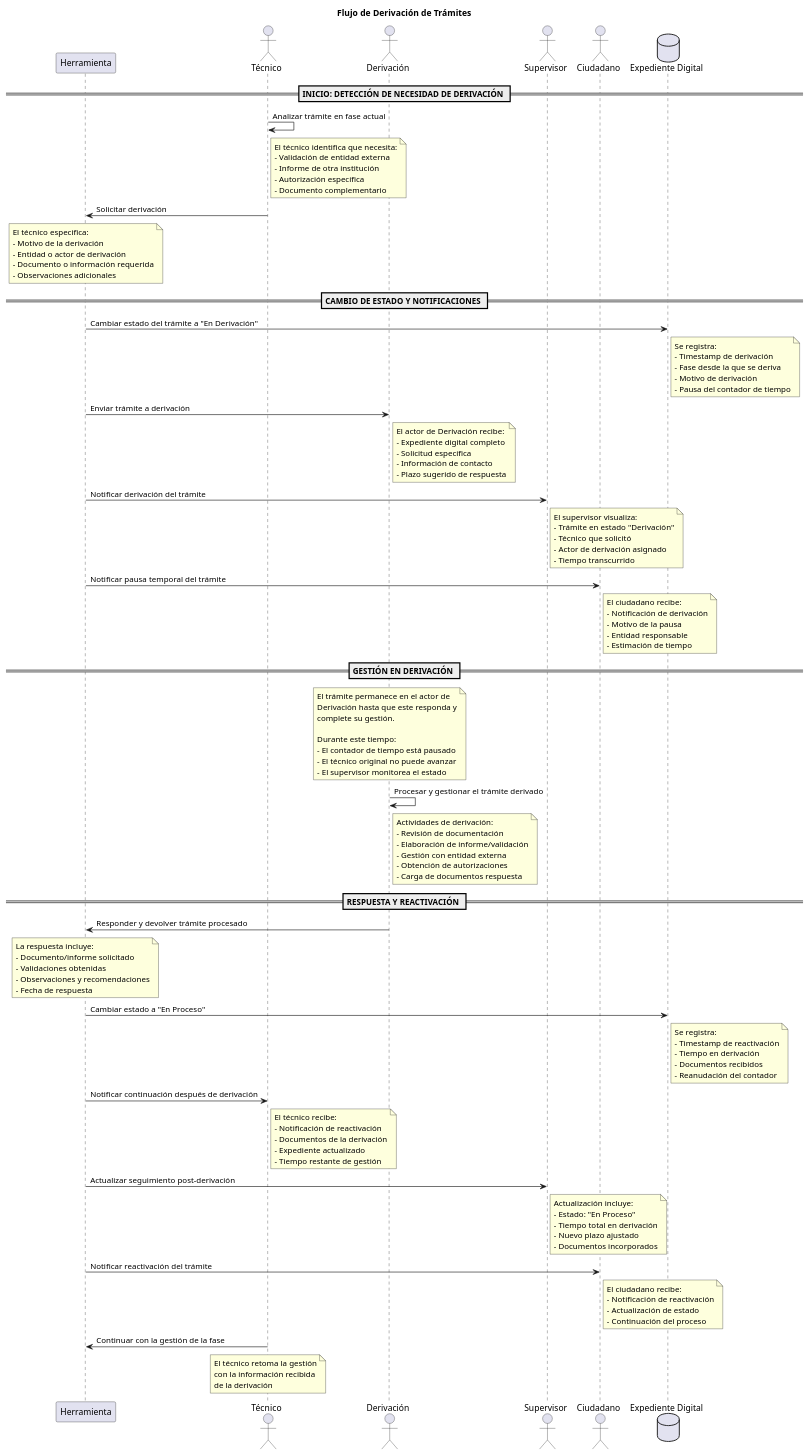
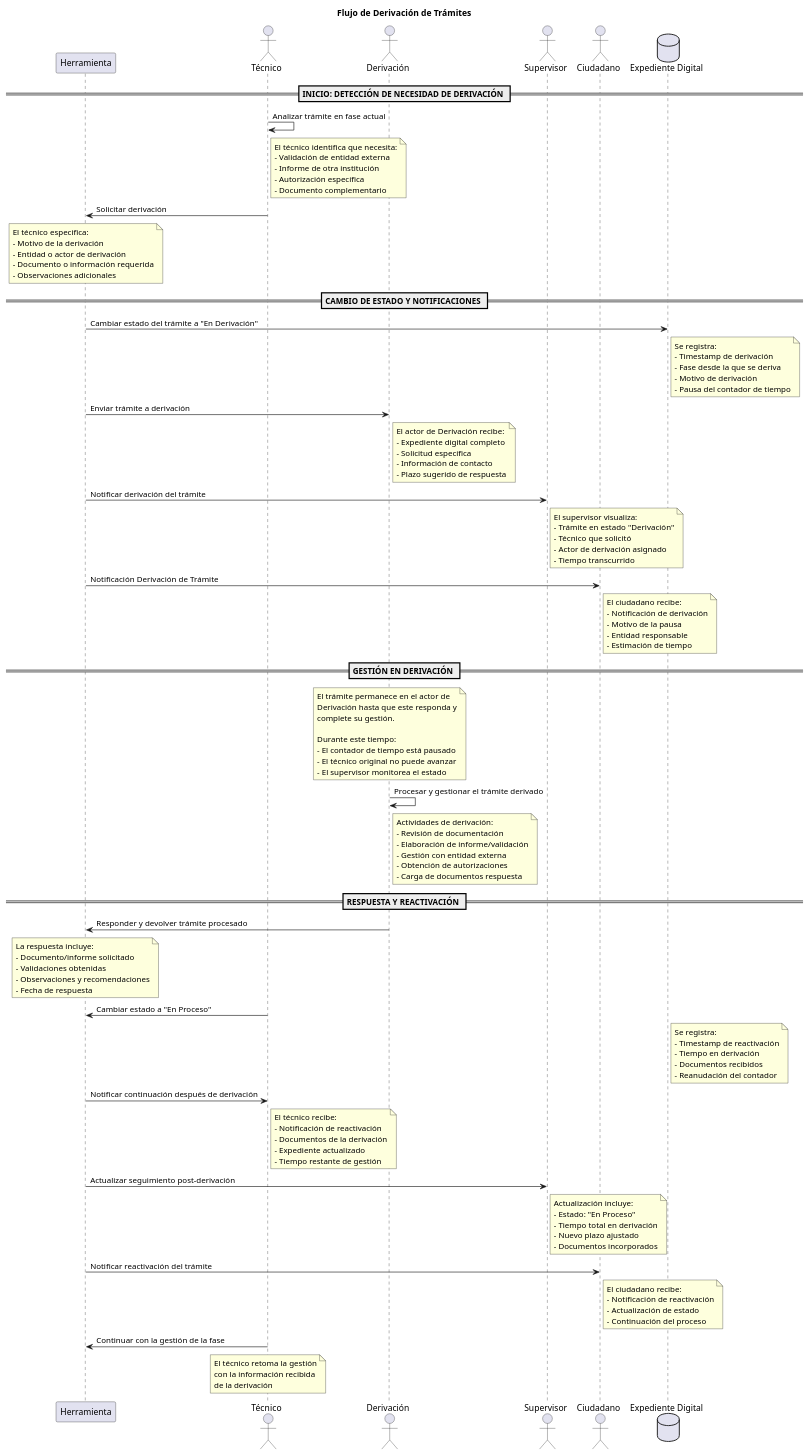
Before and after one commit to 2025prosperidad/protocolo-trazados-viales: the diagram in 4_flujo_derivacion.puml, drawn with PlantUML. The commit also changed 3 other files, not shown here.

Commit message:
📝 Actualizar documentación y diagramas de flujo

```diff
--- a/4_flujo_derivacion.puml
+++ b/4_flujo_derivacion.puml
@@ -1,147 +1,147 @@
 @startuml
 !pragma charset UTF-8
 skinparam defaultFontName Arial
 title Flujo de Derivación de Trámites
 
 participant "Herramienta" as Herramienta
 actor "Técnico" as Tecnico
 actor "Derivación" as Derivacion
 actor "Supervisor" as Supervisor
 actor "Ciudadano" as Ciudadano
 database "Expediente Digital" as BD
 
 == INICIO: DETECCIÓN DE NECESIDAD DE DERIVACIÓN ==
 
 Tecnico -> Tecnico : Analizar trámite en fase actual
 note right of Tecnico
   El técnico identifica que necesita:
   - Validación de entidad externa
   - Informe de otra institución
   - Autorización específica
   - Documento complementario
 end note
 
 Tecnico -> Herramienta : Solicitar derivación
 note over Herramienta
   El técnico especifica:
   - Motivo de la derivación
   - Entidad o actor de derivación
   - Documento o información requerida
   - Observaciones adicionales
 end note
 
 == CAMBIO DE ESTADO Y NOTIFICACIONES ==
 
 Herramienta -> BD : Cambiar estado del trámite a "En Derivación"
 note right of BD
   Se registra:
   - Timestamp de derivación
   - Fase desde la que se deriva
   - Motivo de derivación
   - Pausa del contador de tiempo
 end note
 
 Herramienta -> Derivacion : Enviar trámite a derivación
 note right of Derivacion
   El actor de Derivación recibe:
   - Expediente digital completo
   - Solicitud específica
   - Información de contacto
   - Plazo sugerido de respuesta
 end note
 
 Herramienta -> Supervisor : Notificar derivación del trámite
 note right of Supervisor
   El supervisor visualiza:
   - Trámite en estado "Derivación"
   - Técnico que solicitó
   - Actor de derivación asignado
   - Tiempo transcurrido
 end note
 
-Herramienta -> Ciudadano : Notificar pausa temporal del trámite
+Herramienta -> Ciudadano : Notificación Derivación de Trámite
 note right of Ciudadano
   El ciudadano recibe:
   - Notificación de derivación
   - Motivo de la pausa
   - Entidad responsable
   - Estimación de tiempo
 end note
 
 == GESTIÓN EN DERIVACIÓN ==
 
 note over Derivacion
   El trámite permanece en el actor de
   Derivación hasta que este responda y
   complete su gestión.
   
   Durante este tiempo:
   - El contador de tiempo está pausado
   - El técnico original no puede avanzar
   - El supervisor monitorea el estado
 end note
 
 Derivacion -> Derivacion : Procesar y gestionar el trámite derivado
 note right of Derivacion
   Actividades de derivación:
   - Revisión de documentación
   - Elaboración de informe/validación
   - Gestión con entidad externa
   - Obtención de autorizaciones
   - Carga de documentos respuesta
 end note
 
 == RESPUESTA Y REACTIVACIÓN ==
 
 Derivacion -> Herramienta : Responder y devolver trámite procesado
 note over Herramienta
   La respuesta incluye:
   - Documento/informe solicitado
   - Validaciones obtenidas
   - Observaciones y recomendaciones
   - Fecha de respuesta
 end note
 
-Herramienta -> BD : Cambiar estado a "En Proceso"
+Tecnico -> Herramienta : Cambiar estado a "En Proceso"
 note right of BD
   Se registra:
   - Timestamp de reactivación
   - Tiempo en derivación
   - Documentos recibidos
   - Reanudación del contador
 end note
 
 Herramienta -> Tecnico : Notificar continuación después de derivación
 note right of Tecnico
   El técnico recibe:
   - Notificación de reactivación
   - Documentos de la derivación
   - Expediente actualizado
   - Tiempo restante de gestión
 end note
 
 Herramienta -> Supervisor : Actualizar seguimiento post-derivación
 note right of Supervisor
   Actualización incluye:
   - Estado: "En Proceso"
   - Tiempo total en derivación
   - Nuevo plazo ajustado
   - Documentos incorporados
 end note
 
 Herramienta -> Ciudadano : Notificar reactivación del trámite
 note right of Ciudadano
   El ciudadano recibe:
   - Notificación de reactivación
   - Actualización de estado
   - Continuación del proceso
 end note
 
 Tecnico -> Herramienta : Continuar con la gestión de la fase
 note over Tecnico
   El técnico retoma la gestión
   con la información recibida
   de la derivación
 end note
 
 @enduml
```
